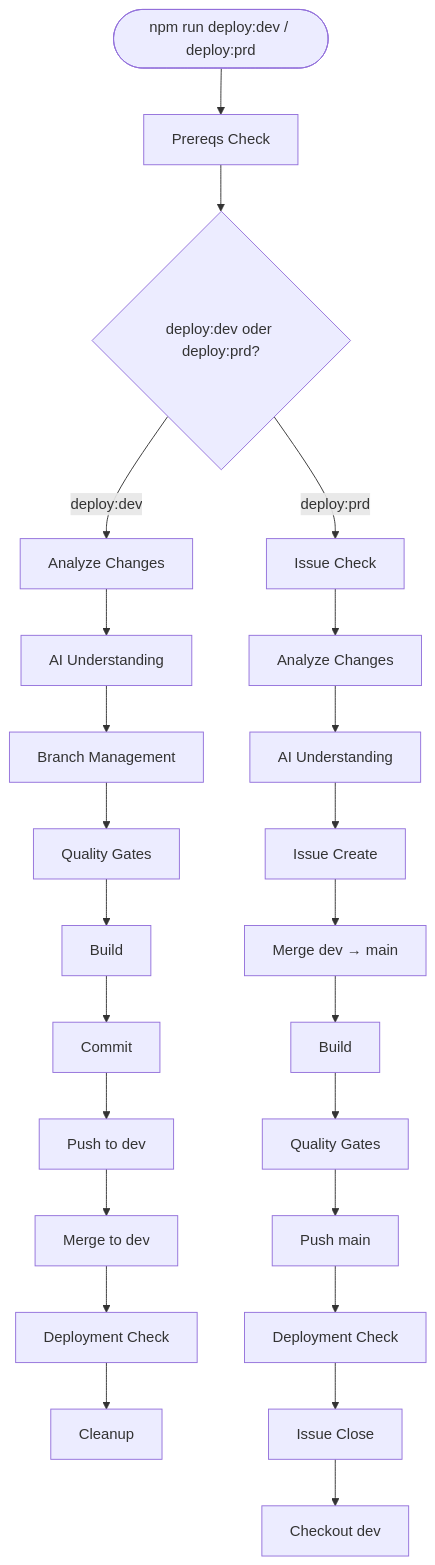
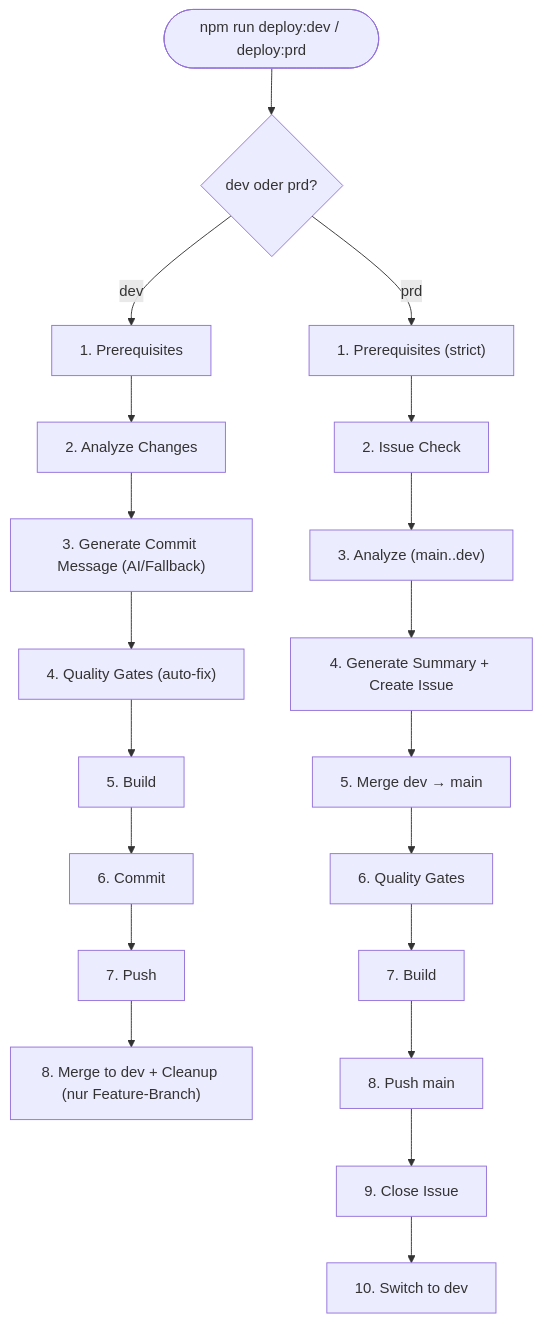
Before and after one commit to Frickeldave/frickeldave.github.io: the diagram in docs/features/fr006-autodeploy.md, drawn with Mermaid. The commit also changed other lines of this file and 27 other files, not shown here.

Commit message:
refactor: consolidate deployment workflows into unified deploy.mjs script

````diff
--- a/docs/features/fr006-autodeploy.md
+++ b/docs/features/fr006-autodeploy.md
@@ -47,37 +46,29 @@
 ```mermaid
 flowchart TD
   start(["npm run deploy:dev / deploy:prd"])
-  prereqs["Prereqs Check"]
-  split{"deploy:dev oder deploy:prd?"}
+  split{"dev oder prd?"}
 
-  d_analyze["Analyze Changes"]
-  d_ai["AI Understanding"]
-  d1["Branch Management"]
-  d2["Quality Gates"]
-  d3["Build"]
-  d4["Commit"]
-  d5["Push to dev"]
-  d6["Merge to dev"]
-  d7["Deployment Check"]
-  d8["Cleanup"]
+  d1["1. Prerequisites"]
+  d2["2. Analyze Changes"]
+  d3["3. Generate Commit Message (AI/Fallback)"]
+  d4["4. Quality Gates (auto-fix)"]
+  d5["5. Build"]
+  d6["6. Commit"]
+  d7["7. Push"]
+  d8["8. Merge to dev + Cleanup (nur Feature-Branch)"]
 
-  p1["Issue Check"]
-  p_analyze["Analyze Changes"]
-  p_ai["AI Understanding"]
-  p2["Issue Create"]
-  p3["Merge dev → main"]
-  p4["Build"]
-  p5["Quality Gates"]
-  p6["Push main"]
-  p7["Deployment Check"]
-  p8["Issue Close"]
-  p9["Checkout dev"]
+  p1["1. Prerequisites (strict)"]
+  p2["2. Issue Check"]
+  p3["3. Analyze (main..dev)"]
+  p4["4. Generate Summary + Create Issue"]
+  p5["5. Merge dev → main"]
+  p6["6. Quality Gates"]
+  p7["7. Build"]
+  p8["8. Push main"]
+  p9["9. Close Issue"]
+  p10["10. Switch to dev"]
 
-  start --> prereqs --> split
-
-  split -->|"deploy:dev"| d_analyze
-  d_analyze --> d_ai --> d1 --> d2 --> d3 --> d4 --> d5 --> d6 --> d7 --> d8
-
-  split -->|"deploy:prd"| p1
-  p1 --> p_analyze --> p_ai --> p2 --> p3 --> p4 --> p5 --> p6 --> p7 --> p8 --> p9
+  start --> split
+  split -->|dev| d1 --> d2 --> d3 --> d4 --> d5 --> d6 --> d7 --> d8
+  split -->|prd| p1 --> p2 --> p3 --> p4 --> p5 --> p6 --> p7 --> p8 --> p9 --> p10
 ```
````
